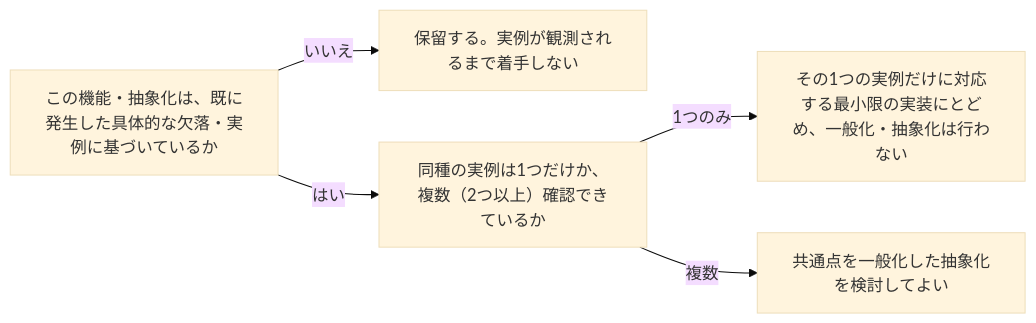
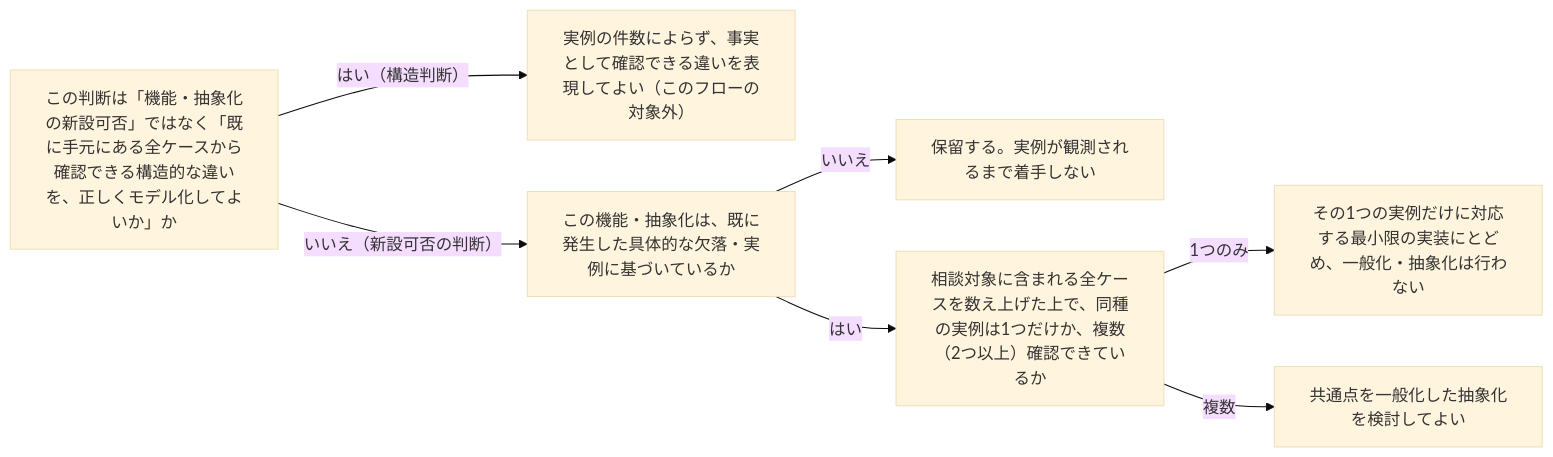
The diagram in .waffle/knowledge/architecture-evidence-based-scope.md (daidaiiro-519/waffle), drawn with Mermaid (base theme) before and after one commit. The commit also changed other lines of this file and 1 other file, not shown here.

Commit message:
tech-lead-advisorのevidence-based-scope知識に構造判断への誤適用アンチパターンを追加する
knowledge-cultivatorの候補審査を経て採用（[[feedback_evidence_based_scope_misapplication]]
2026-07-19追記の元になった実例）。HookSchema設計時、ddd-advisor/tech-lead-advisorの
discriminator採用可否の対立を分析した結果、「実例2件以上」の基準は抽象化・共通化の
是非判断に対するものであり、既に手元の全ケースから確認できる構造的な違いの正確な
モデル化には適用されないと判明。実例カウント自体の数え漏らし（3件existedのに2件と
判断）も同時に確認されたため、原則・アンチパターン・判断基準（q0分岐、q2の数え上げ
明記）の3ブロックへ統合した。

付随して、この知識document自体がstatus DRAFTのまま・skillRef未設定で、advisorが
実際に読む.claude/skills/tech-lead-advisor/references/knowledge/配下のシンボリック
リンクが存在しないパス（.claude/knowledge/）を指す壊れたリンクだったことも発覚。
status ACTIVE化・skillRef設定・再renderにより正しい正本（.waffle/knowledge/）への
リンクへ修復した（本セッション既知の壊れたsymlink問題と同種、[[project_orchestrator_schema_redesign_brainstorm]]参照）。

Claude-Session: https://claude.ai/code/session_01PU6FjF2UwASqLGmUhwdH1Q

````diff
--- a/.waffle/knowledge/architecture-evidence-based-scope.md
+++ b/.waffle/knowledge/architecture-evidence-based-scope.md
@@ -45,12 +47,16 @@
 ```mermaid
 flowchart LR
+    q0["この判断は「機能・抽象化の新設可否」ではなく「既に手元にある全ケースから確認できる構造的な違いを、正しくモデル化してよいか」か"]
+    r0["実例の件数によらず、事実として確認できる違いを表現してよい（このフローの対象外）"]
     q1["この機能・抽象化は、既に発生した具体的な欠落・実例に基づいているか"]
     r1["保留する。実例が観測されるまで着手しない"]
-    q2["同種の実例は1つだけか、複数（2つ以上）確認できているか"]
+    q2["相談対象に含まれる全ケースを数え上げた上で、同種の実例は1つだけか、複数（2つ以上）確認できているか"]
     r2["その1つの実例だけに対応する最小限の実装にとどめ、一般化・抽象化は行わない"]
     r3["共通点を一般化した抽象化を検討してよい"]
+    q0 -->|"はい（構造判断）"| r0
+    q0 -->|"いいえ（新設可否の判断）"| q1
     q1 -->|"いいえ"| r1
     q1 -->|"はい"| q2
     q2 -->|"1つのみ"| r2
     q2 -->|"複数"| r3
 ```
````
